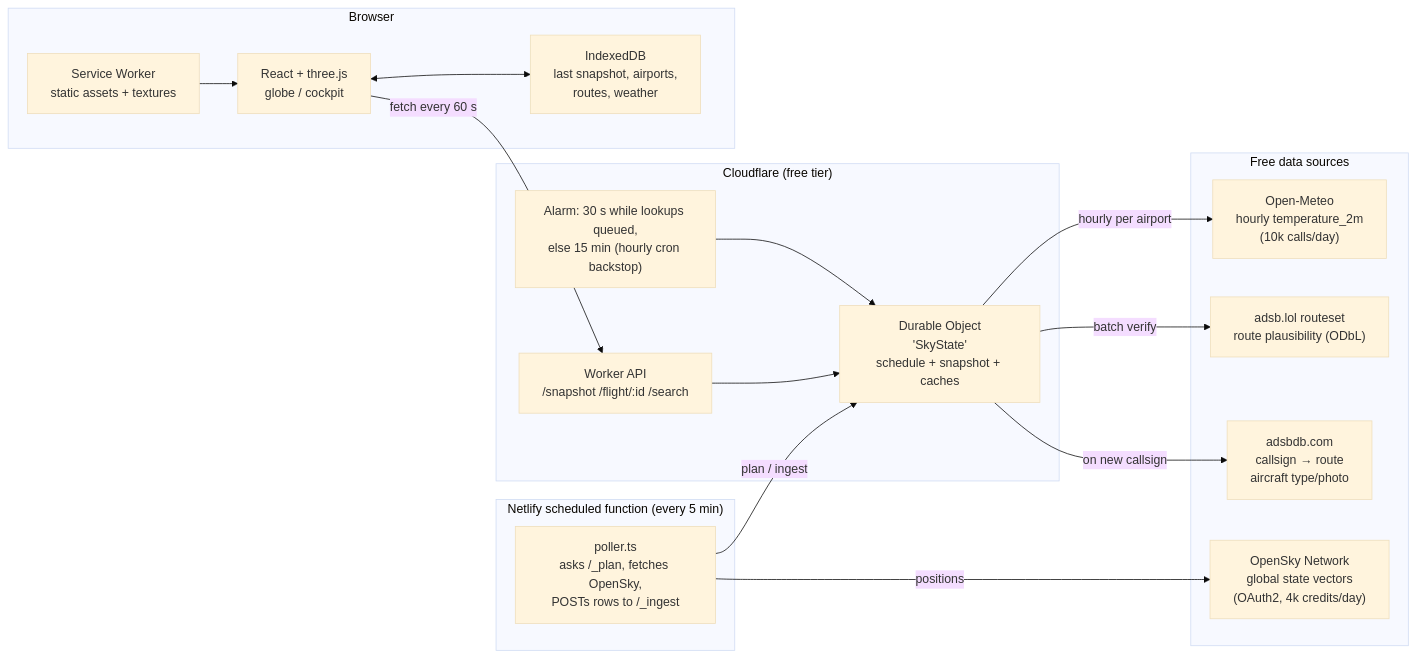
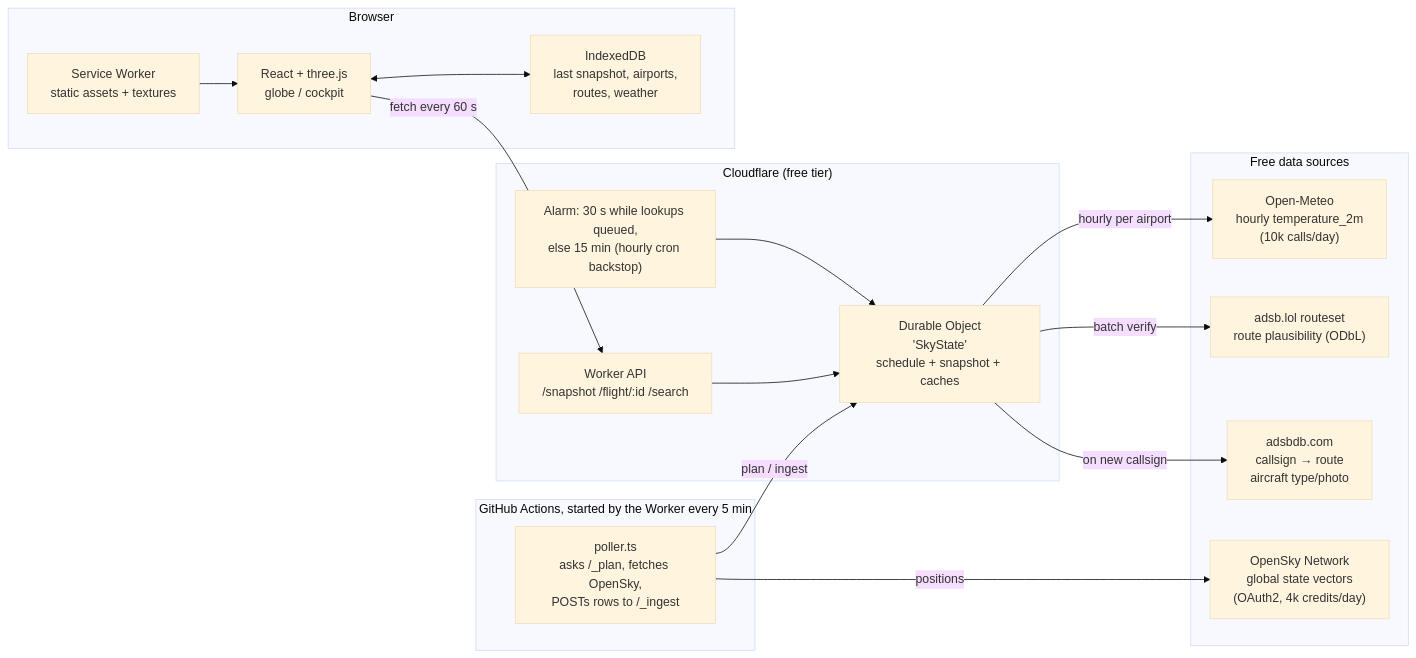
Before and after one commit to brandonIsTall/flightflux: the first of 5 diagrams in docs/PLAN.md, drawn with Mermaid (base theme). The commit also changed other lines of this file and 13 other files, not shown here.

First line of the commit message:
Start the GitHub poller from the Worker every 5 minutes; drop Netlify

````diff
--- a/docs/PLAN.md
+++ b/docs/PLAN.md
@@ -38,36 +38,36 @@
 ```mermaid
 flowchart LR
   subgraph Sources["Free data sources"]
     OS["OpenSky Network<br/>global state vectors<br/>(OAuth2, 4k credits/day)"]
     DB["adsbdb.com<br/>callsign → route<br/>aircraft type/photo"]
     LOL["adsb.lol routeset<br/>route plausibility (ODbL)"]
     OM["Open-Meteo<br/>hourly temperature_2m<br/>(10k calls/day)"]
   end
 
-  subgraph Poller["Netlify scheduled function (every 5 min)"]
+  subgraph Poller["GitHub Actions, started by the Worker every 5 min"]
     GH["poller.ts<br/>asks /_plan, fetches OpenSky,<br/>POSTs rows to /_ingest"]
   end
 
   subgraph Edge["Cloudflare (free tier)"]
     CRON["Alarm: 30 s while lookups queued,<br/>else 15 min (hourly cron backstop)"]
     DO["Durable Object<br/>'SkyState'<br/>schedule + snapshot + caches"]
     API["Worker API<br/>/snapshot  /flight/:id  /search"]
   end
 
   subgraph Client["Browser"]
     SW["Service Worker<br/>static assets + textures"]
     IDB["IndexedDB<br/>last snapshot, airports,<br/>routes, weather"]
     APP["React + three.js<br/>globe / cockpit"]
   end
 
   CRON --> DO
   GH -- positions --> OS
   GH -- plan / ingest --> DO
   DO -- on new callsign --> DB
   DO -- batch verify --> LOL
   DO -- hourly per airport --> OM
   API --> DO
   APP -- fetch every 60 s --> API
   APP <--> IDB
   SW --> APP
 ```
````
